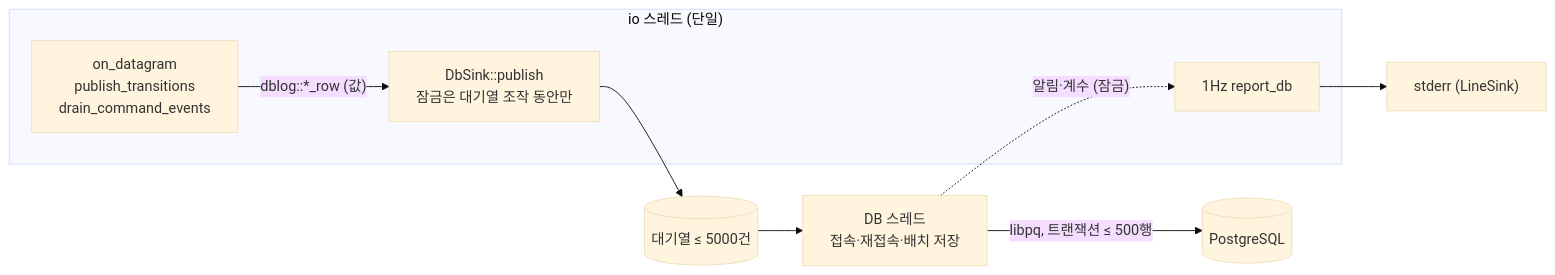
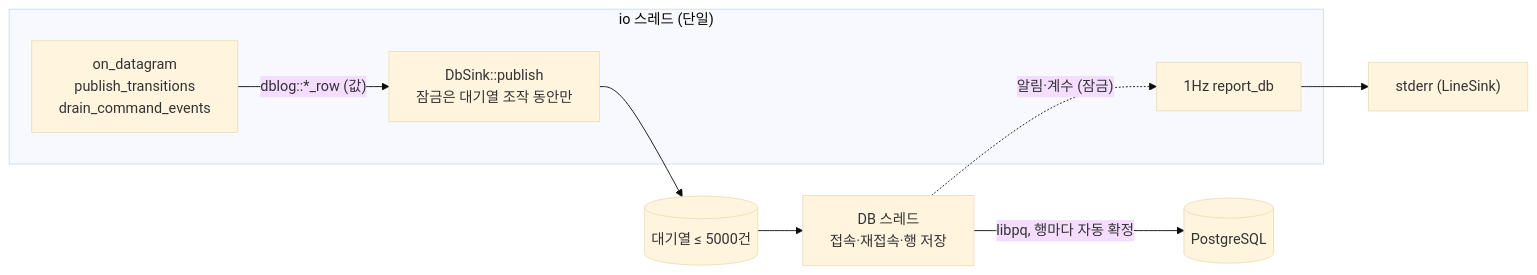
Before and after one commit to PuniPaw/ugv-control-hmi: the fourth of 9 diagrams in docs/03_SDD.md, drawn with Mermaid (base theme). The commit also changed other lines of this file and 3 other files, not shown here.

````diff
--- a/docs/03_SDD.md
+++ b/docs/03_SDD.md
@@ -174,12 +175,12 @@
 ```mermaid
 flowchart LR
     subgraph io["io 스레드 (단일)"]
         rx["on_datagram<br/>publish_transitions<br/>drain_command_events"] -->|"dblog::*_row (값)"| pub["DbSink::publish<br/>잠금은 대기열 조작 동안만"]
         rep["1Hz report_db"]
     end
     pub --> q[("대기열 ≤ 5000건")]
-    q --> th["DB 스레드<br/>접속·재접속·배치 저장"]
-    th -->|"libpq, 트랜잭션 ≤ 500행"| pg[("PostgreSQL")]
+    q --> th["DB 스레드<br/>접속·재접속·행 저장"]
+    th -->|"libpq, 행마다 자동 확정"| pg[("PostgreSQL")]
     th -.->|"알림·계수 (잠금)"| rep
     rep --> err["stderr (LineSink)"]
 ```
````
